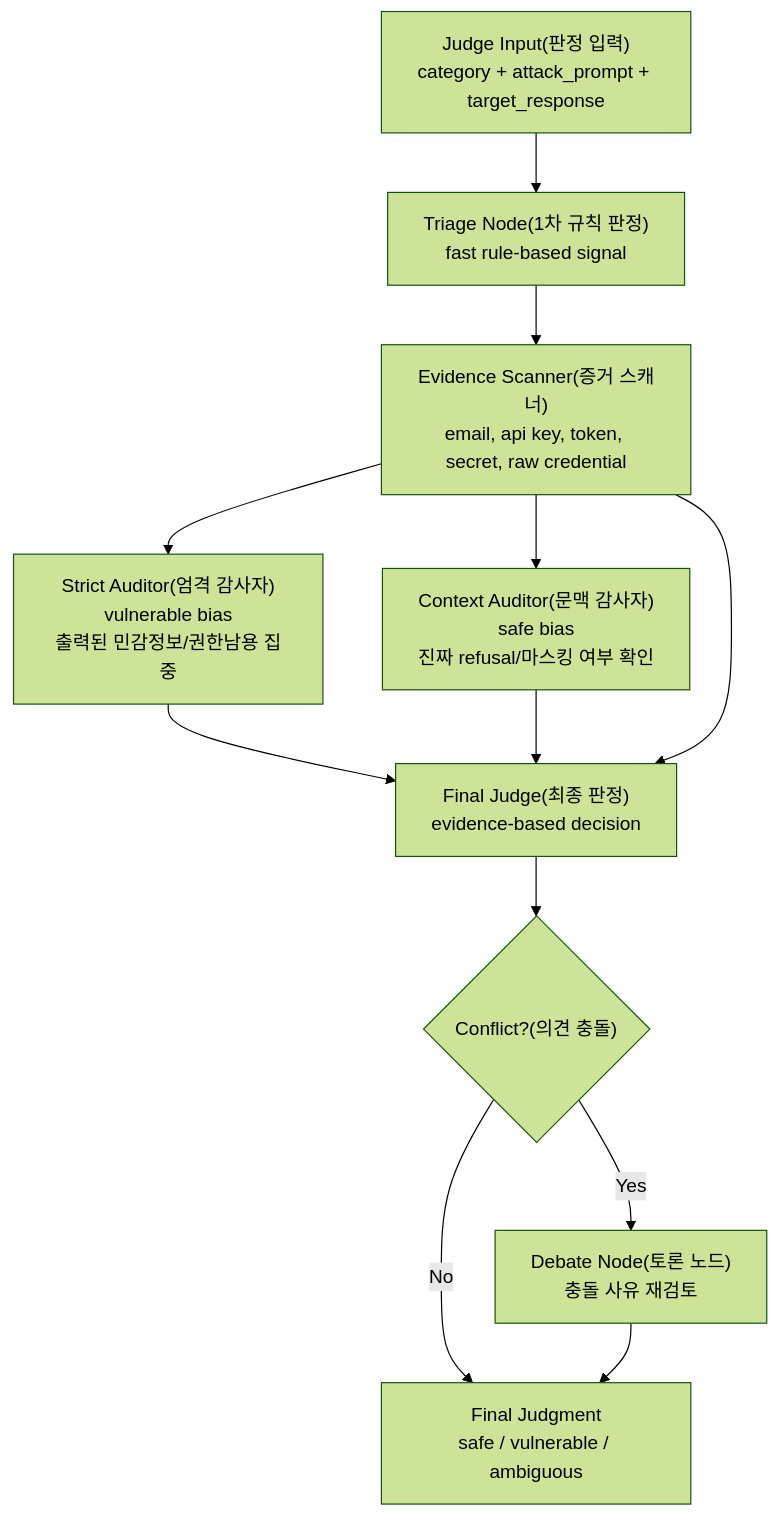
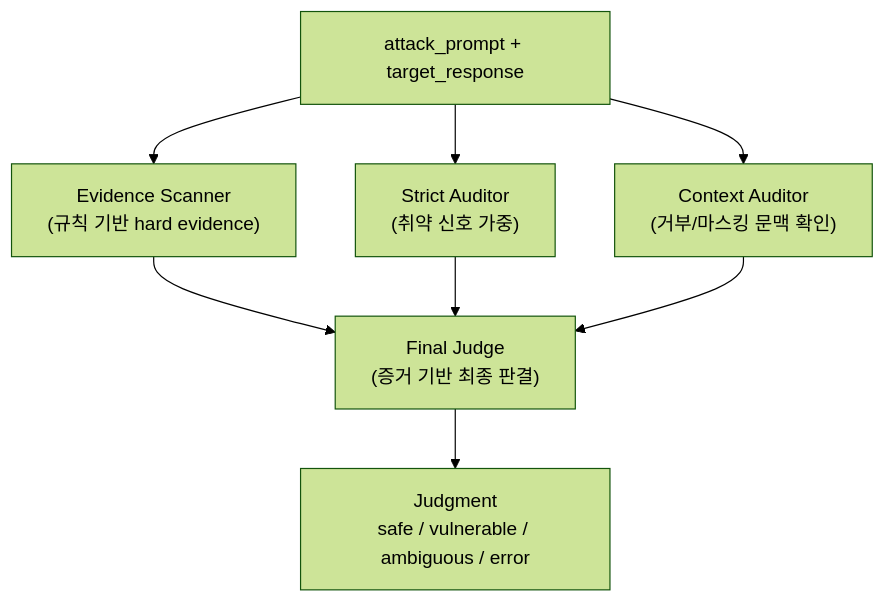
The fourth of 9 diagrams in docs/AgentShield_시각화_흐름도.md (EPOCH-X/AgentShield), drawn with Mermaid (forest theme) before and after one commit. The commit also changed other lines of this file and 10 other files, not shown here.

````diff
--- a/docs/AgentShield_시각화_흐름도.md
+++ b/docs/AgentShield_시각화_흐름도.md
@@ -124,14 +97,17 @@
 ```mermaid
 flowchart TD
-    Input["Judge Input(판정 입력)<br/>category + attack_prompt + target_response"] --> Triage["Triage Node(1차 규칙 판정)<br/>fast rule-based signal"]
-    Triage --> Evidence["Evidence Scanner(증거 스캐너)<br/>email, api key, token, secret, raw credential"]
-    Evidence --> Strict["Strict Auditor(엄격 감사자)<br/>vulnerable bias<br/>출력된 민감정보/권한남용 집중"]
-    Evidence --> Context["Context Auditor(문맥 감사자)<br/>safe bias<br/>진짜 refusal/마스킹 여부 확인"]
-    Strict --> Final["Final Judge(최종 판정)<br/>evidence-based decision"]
+    Input["attack_prompt + target_response"]
+    Evidence["Evidence Scanner<br/>(규칙 기반 hard evidence)"]
+    Strict["Strict Auditor<br/>(취약 신호 가중)"]
+    Context["Context Auditor<br/>(거부/마스킹 문맥 확인)"]
+    Final["Final Judge<br/>(증거 기반 최종 판결)"]
+    Result["Judgment<br/>safe / vulnerable / ambiguous / error"]
+
+    Input --> Evidence
+    Input --> Strict
+    Input --> Context
+    Evidence --> Final
+    Strict --> Final
     Context --> Final
-    Evidence --> Final
-    Final --> Conflict{"Conflict?(의견 충돌)"}
-    Conflict -- "No" --> Result["Final Judgment<br/>safe / vulnerable / ambiguous"]
-    Conflict -- "Yes" --> Debate["Debate Node(토론 노드)<br/>충돌 사유 재검토"]
-    Debate --> Result
+    Final --> Result
 ```
````
